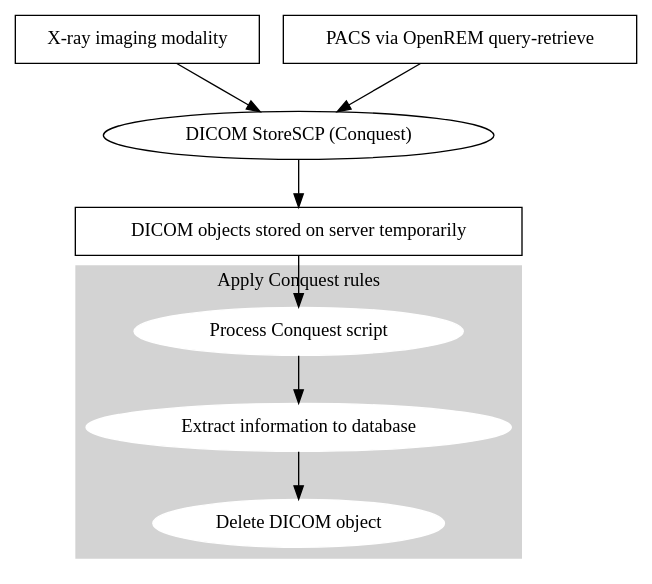
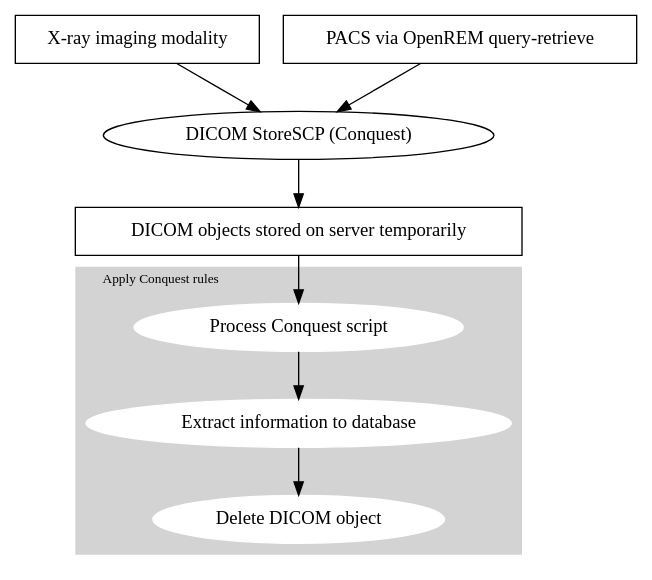
Before and after one commit to ckswilliams/modOpenREM: the diagram in docs/testgraphviz.rst, drawn with Graphviz.

Commit message:
Adjusting position of label

```diff
--- a/docs/testgraphviz.rst
+++ b/docs/testgraphviz.rst
@@ -4,23 +4,26 @@
 .. graphviz::
 
    digraph {
       subgraph cluster_rules {
          node [style=filled,color=white];
          style=filled;
          color=lightgrey;
          conquest_script -> populate_database -> delete_object;
-         label = "Apply Conquest rules"
+         label = "Apply Conquest rules";
+         fontsize=10;
+         labelloc=t;
+         labeljust=l;
       }
 
       modality -> conquest;
       pacs -> conquest;
       conquest -> storage -> conquest_script;
 
       modality [shape=box, label="X-ray imaging modality"];
       pacs [shape=box, label="PACS via OpenREM query-retrieve"];
       conquest [label="DICOM StoreSCP (Conquest)"];
       storage [shape=box, label="DICOM objects stored on server temporarily"];
       conquest_script [label="Process Conquest script"];
       populate_database [label="Extract information to database"];
       delete_object [label="Delete DICOM object"];
    }
```
